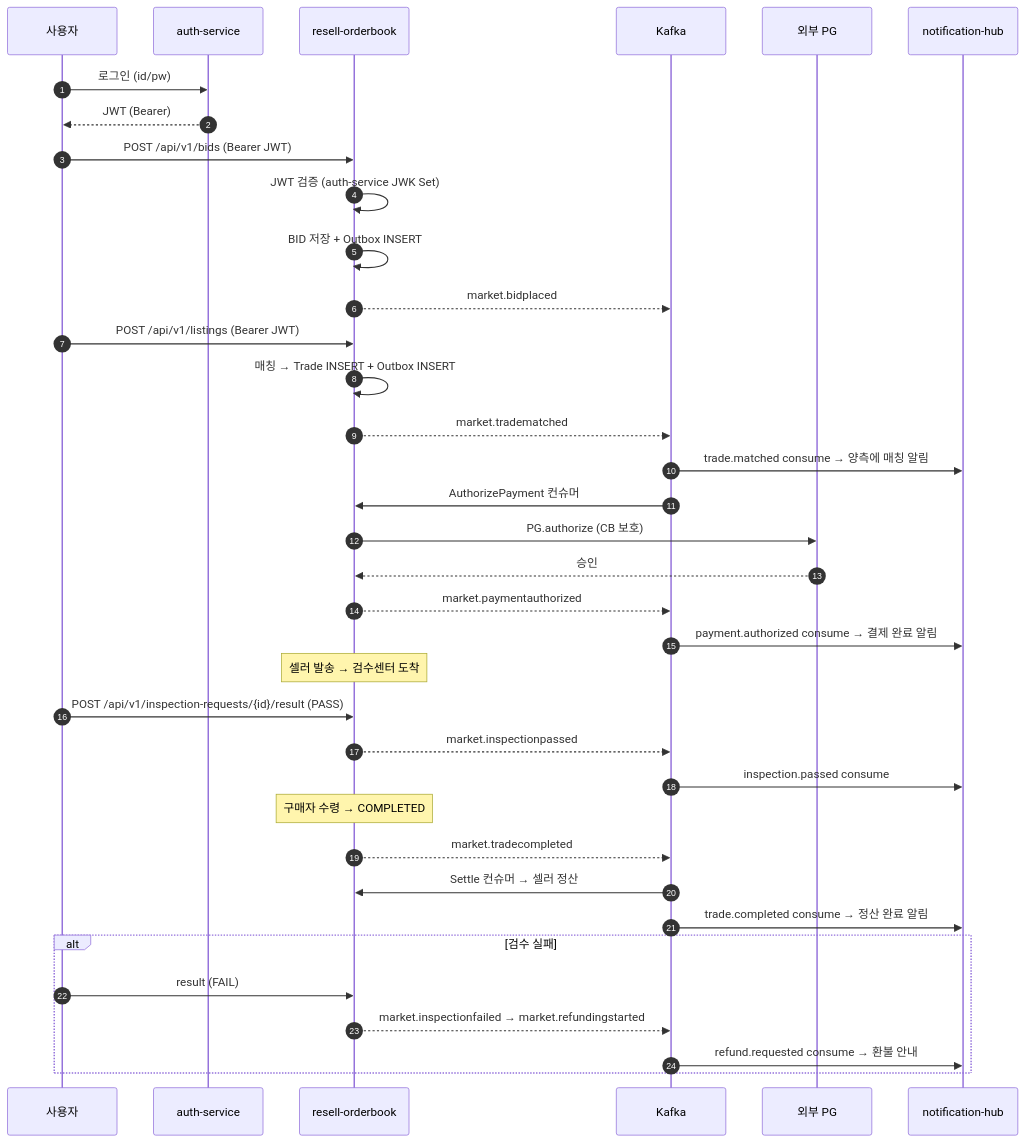
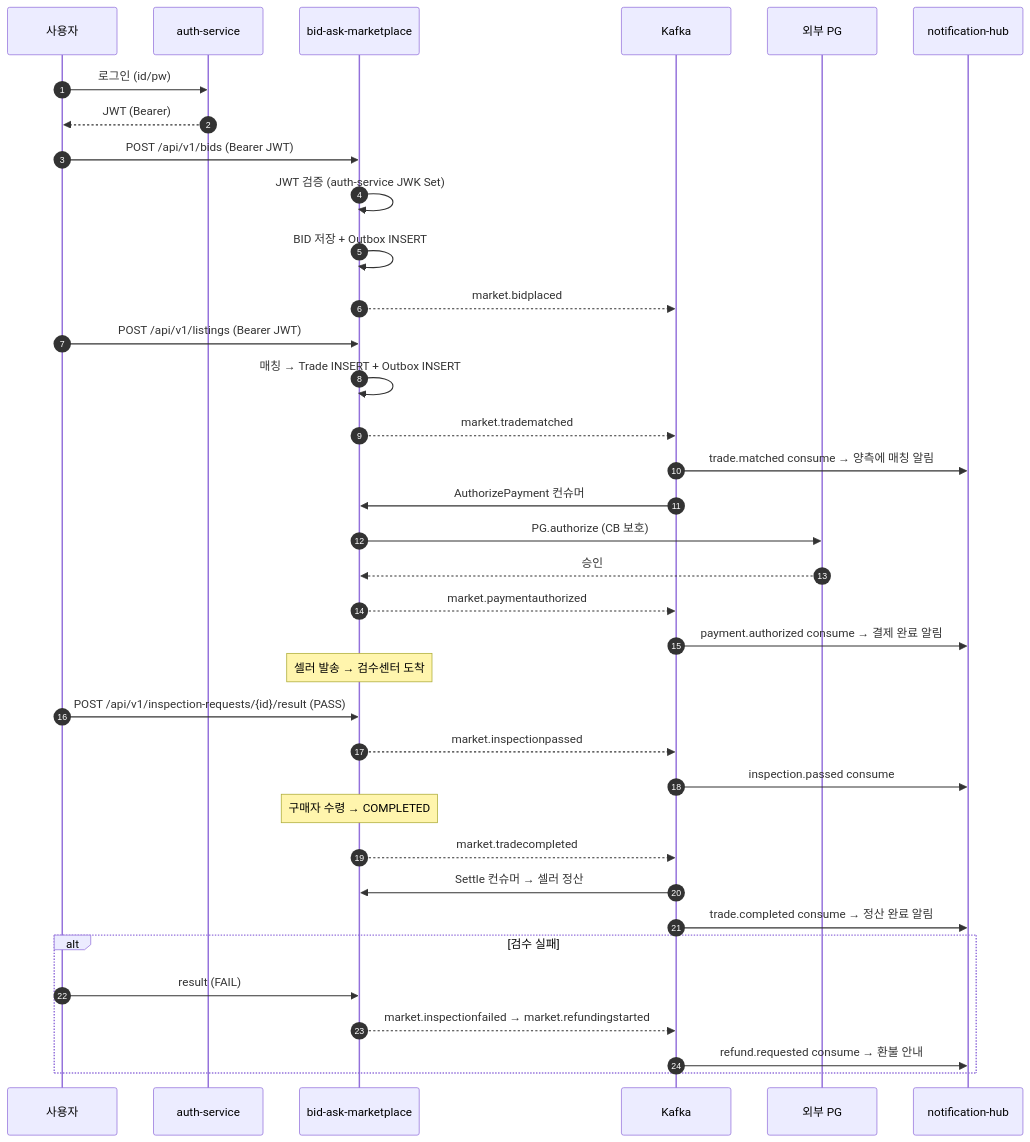
Before and after one commit to ssa1004/bid-ask-marketplace: the third of 3 diagrams in README.md, drawn with Mermaid. The commit also changed other lines of this file and 9 other files, not shown here.

First line of the commit message:
chore: rename resell-orderbook → bid-ask-marketplace

````diff
--- a/README.md
+++ b/README.md
@@ -344,45 +344,45 @@
 ```mermaid
 sequenceDiagram
     autonumber
     participant U as 사용자
     participant Auth as auth-service
-    participant API as resell-orderbook
+    participant API as bid-ask-marketplace
     participant K as Kafka
     participant PG as 외부 PG
     participant Notif as notification-hub
 
     U->>Auth: 로그인 (id/pw)
     Auth-->>U: JWT (Bearer)
 
     U->>API: POST /api/v1/bids (Bearer JWT)
     API->>API: JWT 검증 (auth-service JWK Set)
     API->>API: BID 저장 + Outbox INSERT
     API-->>K: market.bidplaced
 
     U->>API: POST /api/v1/listings (Bearer JWT)
     API->>API: 매칭 → Trade INSERT + Outbox INSERT
     API-->>K: market.tradematched
     K->>Notif: trade.matched consume → 양측에 매칭 알림
 
     K->>API: AuthorizePayment 컨슈머
     API->>PG: PG.authorize (CB 보호)
     PG-->>API: 승인
     API-->>K: market.paymentauthorized
     K->>Notif: payment.authorized consume → 결제 완료 알림
 
     Note over API: 셀러 발송 → 검수센터 도착
     U->>API: POST /api/v1/inspection-requests/{id}/result (PASS)
     API-->>K: market.inspectionpassed
     K->>Notif: inspection.passed consume
 
     Note over API: 구매자 수령 → COMPLETED
     API-->>K: market.tradecompleted
     K->>API: Settle 컨슈머 → 셀러 정산
     K->>Notif: trade.completed consume → 정산 완료 알림
 
     alt 검수 실패
         U->>API: result (FAIL)
         API-->>K: market.inspectionfailed → market.refundingstarted
         K->>Notif: refund.requested consume → 환불 안내
     end
 ```
````
